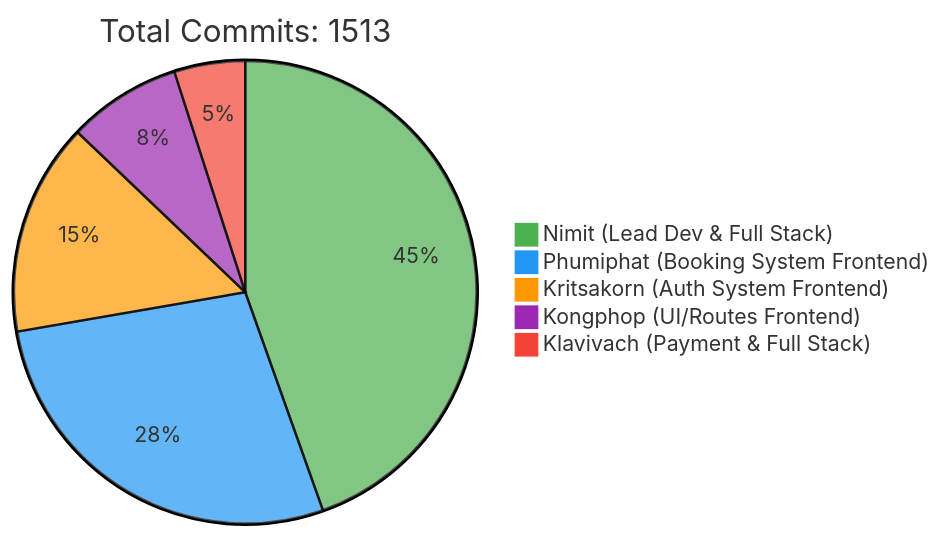
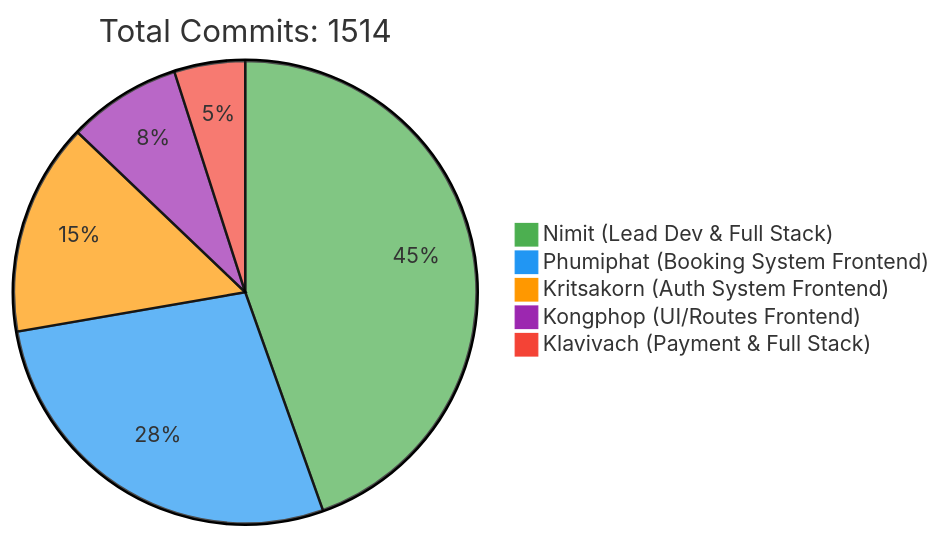
The first of 2 diagrams in README.md (6531503042/Sport-Complex), drawn with Mermaid before and after one commit. The commit also changed other lines of this file, not shown here.

Commit message:
docs: Update contributor statistics [skip ci]

````diff
--- a/README.md
+++ b/README.md
@@ -257,10 +257,10 @@
 ```mermaid
 %%{init: {'theme': 'base', 'themeVariables': { 'pie1': '#4CAF50', 'pie2': '#2196F3', 'pie3': '#FF9800', 'pie4': '#9C27B0', 'pie5': '#F44336'}}}%%
 pie
-    title Total Commits: 1513
+    title Total Commits: 1514
     "Nimit (Lead Dev & Full Stack)" : 450
     "Phumiphat (Booking System Frontend)" : 280
     "Kritsakorn (Auth System Frontend)" : 150
     "Kongphop (UI/Routes Frontend)" : 80
     "Klavivach (Payment & Full Stack)" : 50
 ```
````
